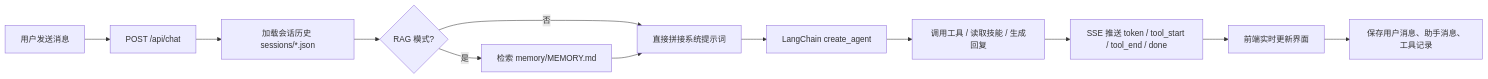
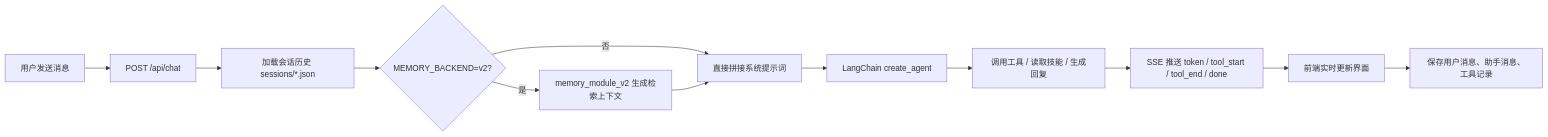
Before and after one commit to ZhangKex1n/daily_helper_agent: the diagram in README.md, drawn with Mermaid. The commit also changed other lines of this file and 6 other files, not shown here.

````diff
--- a/README.md
+++ b/README.md
@@ -62,14 +52,14 @@
 ```mermaid
 flowchart LR
     U["用户发送消息"] --> F["POST /api/chat"]
     F --> S["加载会话历史 sessions/*.json"]
-    S --> R{"RAG 模式?"}
-    R -- 是 --> M["检索 memory/MEMORY.md"]
+    S --> R{"MEMORY_BACKEND=v2?"}
+    R -- 是 --> M["memory_module_v2 生成检索上下文"]
     R -- 否 --> P["直接拼接系统提示词"]
     M --> P
     P --> A["LangChain create_agent"]
     A --> T["调用工具 / 读取技能 / 生成回复"]
     T --> E["SSE 推送 token / tool_start / tool_end / done"]
     E --> UI["前端实时更新界面"]
     UI --> SAVE["保存用户消息、助手消息、工具记录"]
 ```
````
